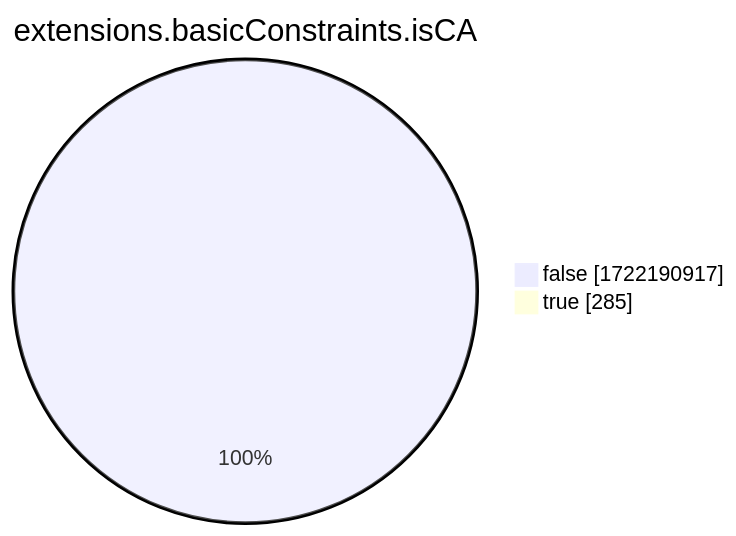
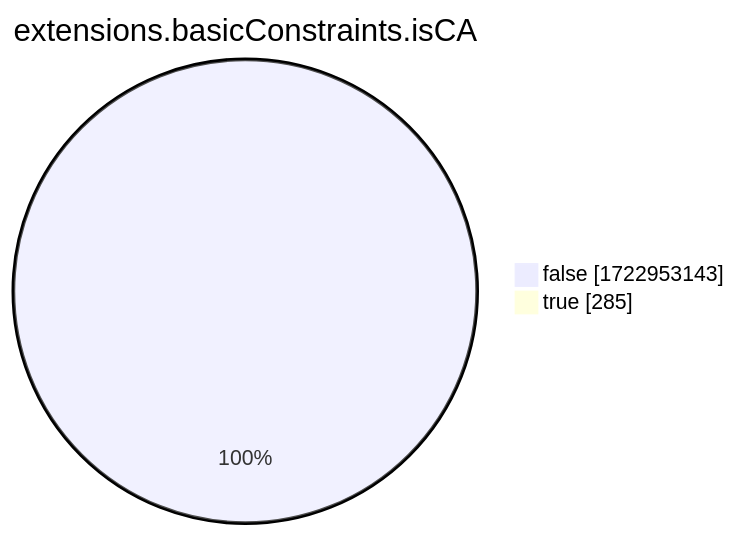
One commit to christiankrug/ctmonitor_visualization changed the eighth of 15 diagrams in xenon2022/README.md. Above: the diagram before and after it, drawn with Mermaid. The commit also changed other lines of this file, not shown here.

````diff
--- a/xenon2022/README.md
+++ b/xenon2022/README.md
@@ -2866,6 +2866,6 @@
 ```mermaid
 pie showData
 title extensions.basicConstraints.isCA
-"false" :1722190917
+"false" :1722953143
 "true" :285
 ```
````
